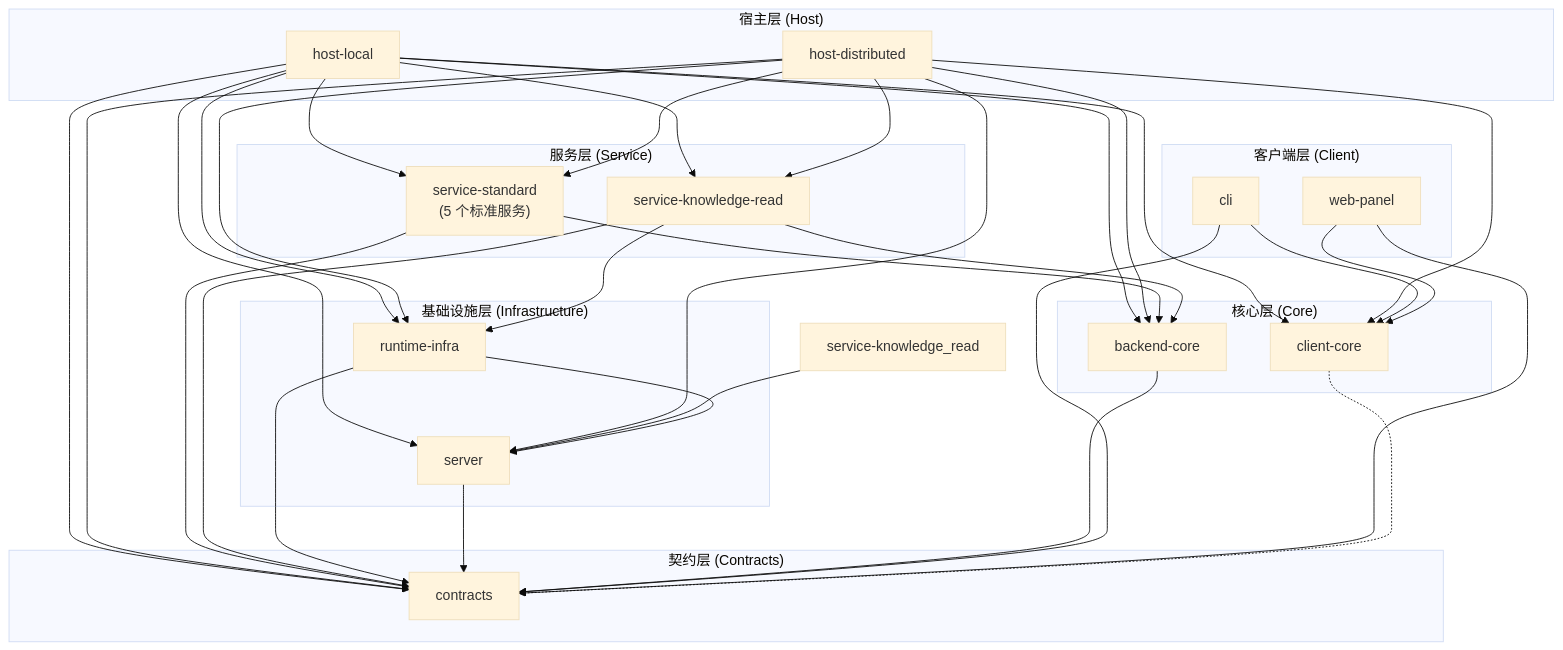
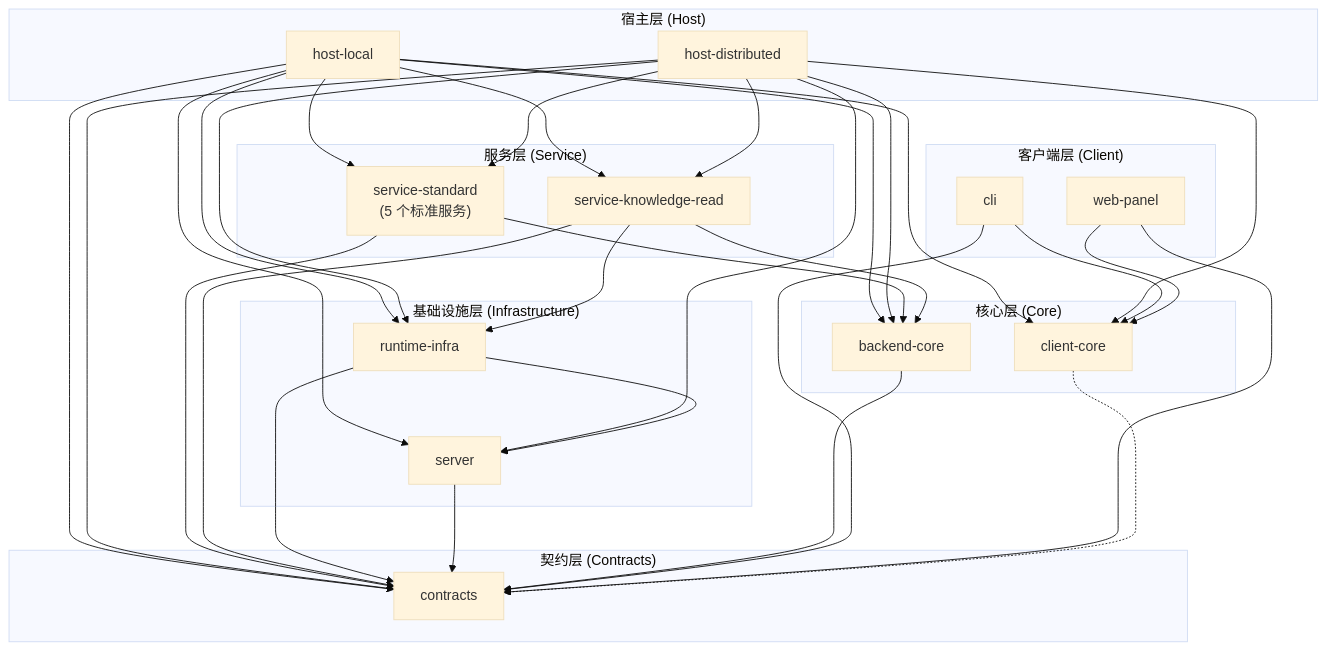
The diagram in docs/architecture/BOUNDARIES.md (pofossette/TrapMap-for-vibing), drawn with Mermaid (base theme) before and after one commit. The commit also changed other lines of this file and 12 other files, not shown here.

First line of the commit message:
feat(knowledge-read): add entry projection and refactor deps seam

````diff
--- a/docs/architecture/BOUNDARIES.md
+++ b/docs/architecture/BOUNDARIES.md
@@ -33,70 +33,69 @@
 ```mermaid
 flowchart TB
     subgraph 宿主层["宿主层 (Host)"]
         host-local["host-local"]
         host-distributed["host-distributed"]
     end
 
     subgraph 客户端层["客户端层 (Client)"]
         cli["cli"]
         web-panel["web-panel"]
     end
 
     subgraph 服务层["服务层 (Service)"]
         service-standard["service-standard<br/>(5 个标准服务)"]
         service-knowledge-read["service-knowledge-read"]
     end
 
     subgraph 基础设施层["基础设施层 (Infrastructure)"]
         server["server"]
         runtime-infra["runtime-infra"]
     end
 
     subgraph 核心层["核心层 (Core)"]
         backend-core["backend-core"]
         client-core["client-core"]
     end
 
     subgraph 契约层["契约层 (Contracts)"]
         contracts["contracts"]
     end
 
     host-local --> backend-core
     host-local --> server
     host-local --> runtime-infra
     host-local --> service-standard
     host-local --> service-knowledge-read
     host-local --> client-core
     host-local --> contracts
 
     host-distributed --> backend-core
     host-distributed --> server
     host-distributed --> runtime-infra
     host-distributed --> service-standard
     host-distributed --> service-knowledge-read
     host-distributed --> client-core
     host-distributed --> contracts
 
     service-standard --> backend-core
     service-standard --> contracts
 
     service-knowledge-read --> backend-core
     service-knowledge-read --> contracts
-    service-knowledge_read --> server
     service-knowledge-read --> runtime-infra
 
     runtime-infra --> server
     runtime-infra --> contracts
 
     server --> contracts
 
     backend-core --> contracts
 
     cli --> client-core
     cli --> contracts
 
     web-panel --> client-core
     web-panel --> contracts
 
     client-core -.-> contracts
 ```
````
